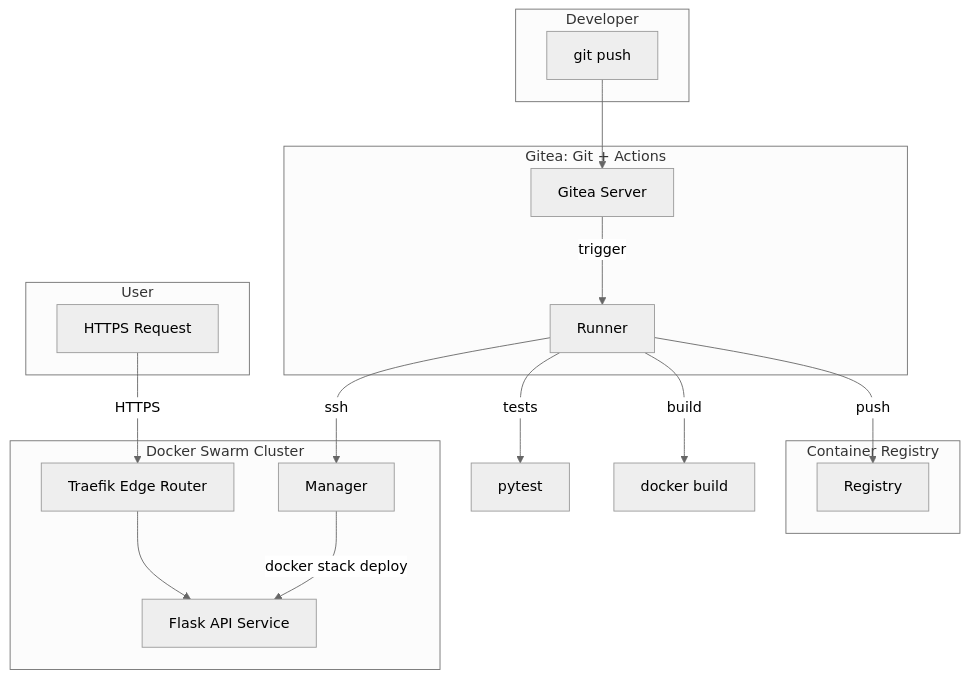
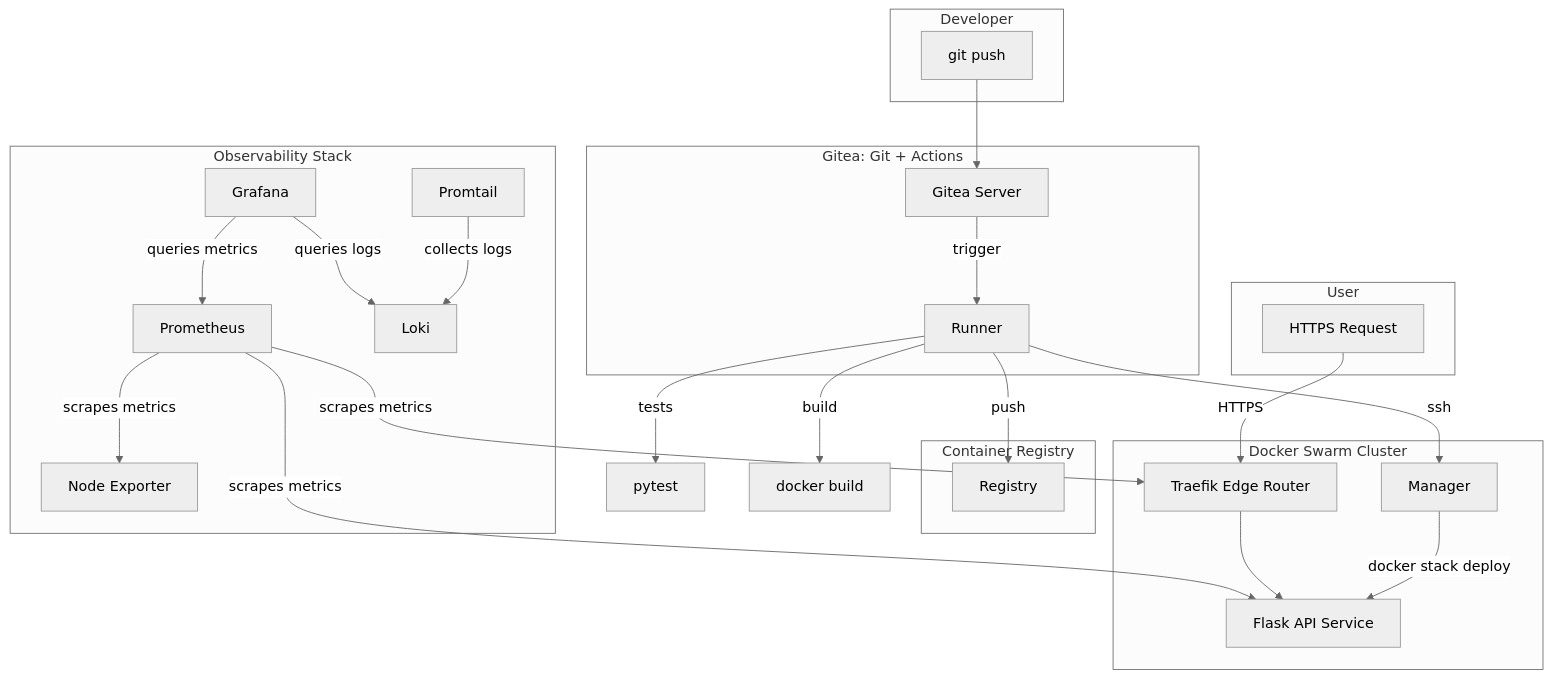
The diagram in README.md (theunrealryan/devops-api-flask), drawn with Mermaid (neutral theme) before and after one commit. The commit also changed other lines of this file, not shown here.

Commit message:
Update README.md with Observability Prometheus, Loki and Grafana

````diff
--- a/README.md
+++ b/README.md
@@ -33,39 +36,55 @@
 ```mermaid
 flowchart TD
-  %% Subgraphs
-  subgraph Dev[Developer]
+  %% Subgráficos
+  subgraph Developer[Developer]
     D[git push]
   end
 
   subgraph Gitea[Gitea: Git + Actions]
     GS[Gitea Server]
     R[Runner]
   end
 
   subgraph Registry[Container Registry]
     CR[Registry]
   end
 
   subgraph Swarm[Docker Swarm Cluster]
     M[Manager]
     T[Traefik Edge Router]
     A[Flask API Service]
   end
 
+  subgraph Observability[Observability Stack]
+    P[Prometheus]
+    L[Loki]
+    G[Grafana]
+    NE[Node Exporter]
+    PT[Promtail]
+  end
+
   subgraph User[User]
     U[HTTPS Request]
   end
 
   %% CI flow
   D --> GS
   GS -->|trigger| R
   R -->|tests| R_T[pytest]
   R -->|build| R_B[docker build]
   R -->|push| CR
   R -->|ssh| M
   M -->|docker stack deploy| A
 
   %% Runtime flow
   U -->|HTTPS| T
   T --> A
+
+  %% Observability flow
+  P -->|scrapes metrics| T
+  P -->|scrapes metrics| A
+  P -->|scrapes metrics| NE
+  PT -->|collects logs| L
+  G -->|queries metrics| P
+  G -->|queries logs| L
 ```
````
